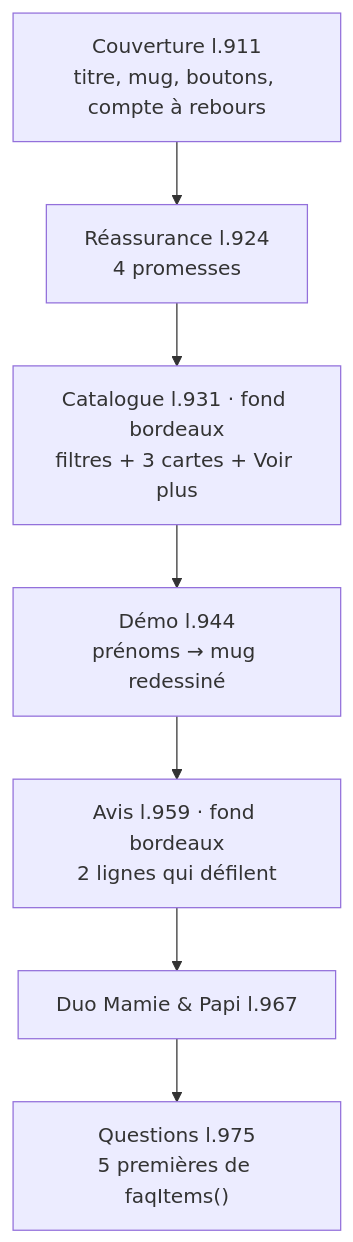
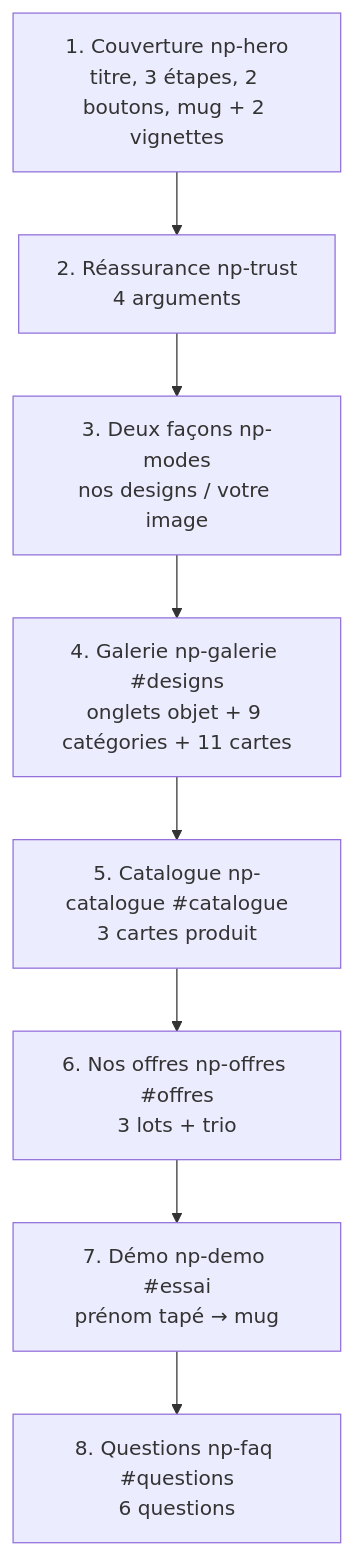
One commit to SylvainCode42A/Drop-Shipping-Agentique changed the diagram in 5-boutique/2-modules/MOD - Accueil.md. Above: the diagram before and after it, drawn with Mermaid. The commit also changed other lines of this file and 12 other files, not shown here.

````diff
--- a/5-boutique/2-modules/MOD - Accueil.md
+++ b/5-boutique/2-modules/MOD - Accueil.md
@@ -27,9 +28,10 @@
 ```mermaid
 flowchart TB
-    C["Couverture l.911<br/>titre, mug, boutons, compte à rebours"] --> T["Réassurance l.924<br/>4 promesses"]
-    T --> K["Catalogue l.931 · fond bordeaux<br/>filtres + 3 cartes + Voir plus"]
-    K --> D["Démo l.944<br/>prénoms → mug redessiné"]
-    D --> A["Avis l.959 · fond bordeaux<br/>2 lignes qui défilent"]
-    A --> U["Duo Mamie & Papi l.967"]
-    U --> Q["Questions l.975<br/>5 premières de faqItems()"]
+    H["1. Couverture np-hero<br/>titre, 3 étapes, 2 boutons, mug + 2 vignettes"] --> T["2. Réassurance np-trust<br/>4 arguments"]
+    T --> M["3. Deux façons np-modes<br/>nos designs / votre image"]
+    M --> G["4. Galerie np-galerie #designs<br/>onglets objet + 9 catégories + 11 cartes"]
+    G --> C["5. Catalogue np-catalogue #catalogue<br/>3 cartes produit"]
+    C --> O["6. Nos offres np-offres #offres<br/>3 lots + trio"]
+    O --> D["7. Démo np-demo #essai<br/>prénom tapé → mug"]
+    D --> Q["8. Questions np-faq #questions<br/>6 questions"]
 ```
````
